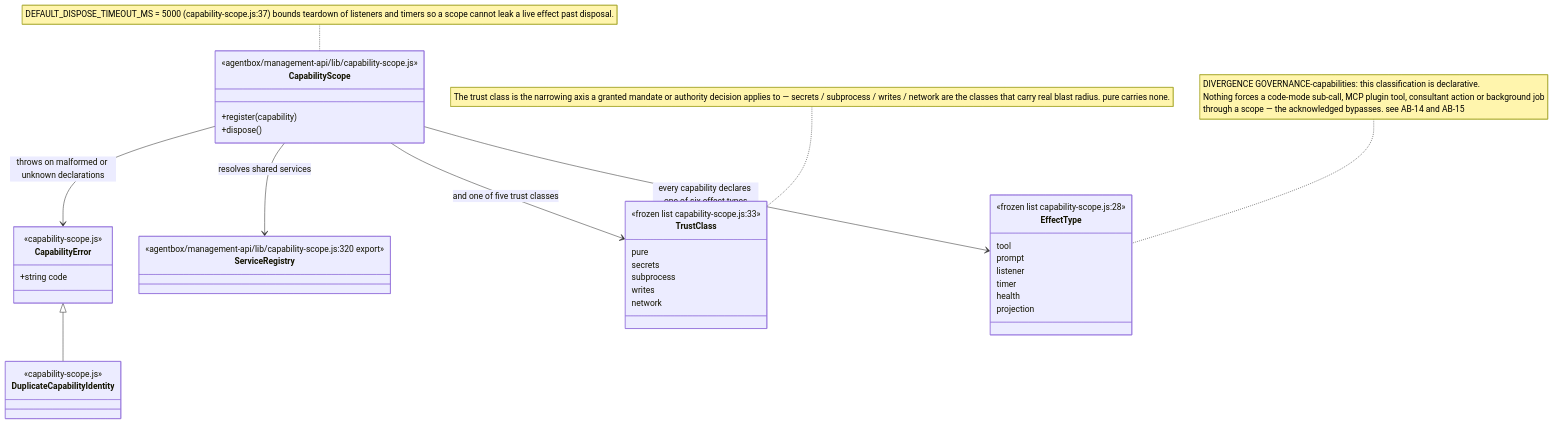
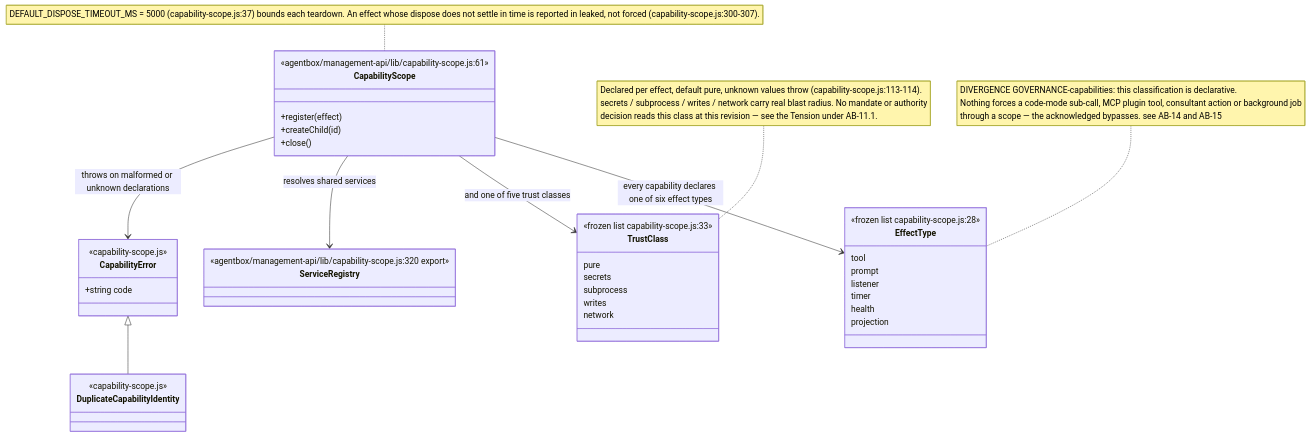
One commit to DreamLab-AI/VisionFlow changed diagram 12 of 16 in docs/diagrams/agentbox/11-identity-did-mandate-authority.md. Above: the diagram before and after it, drawn with Mermaid. The commit also changed other lines of this file and 173 other files, not shown here.

````diff
--- a/docs/diagrams/agentbox/11-identity-did-mandate-authority.md
+++ b/docs/diagrams/agentbox/11-identity-did-mandate-authority.md
@@ -464,43 +488,44 @@
 ```mermaid
 classDiagram
     class CapabilityScope {
-        <<agentbox/management-api/lib/capability-scope.js>>
-        +register(capability)
-        +dispose()
+        <<agentbox/management-api/lib/capability-scope.js:61>>
+        +register(effect)
+        +createChild(id)
+        +close()
     }
     class ServiceRegistry {
         <<agentbox/management-api/lib/capability-scope.js:320 export>>
     }
     class EffectType {
         <<frozen list capability-scope.js:28>>
         tool
         prompt
         listener
         timer
         health
         projection
     }
     class TrustClass {
         <<frozen list capability-scope.js:33>>
         pure
         secrets
         subprocess
         writes
         network
     }
     class CapabilityError {
         <<capability-scope.js>>
         +string code
     }
     class DuplicateCapabilityIdentity {
         <<capability-scope.js>>
     }
     CapabilityScope --> EffectType : every capability declares one of six effect types
     CapabilityScope --> TrustClass : and one of five trust classes
     CapabilityScope --> ServiceRegistry : resolves shared services
     CapabilityScope --> CapabilityError : throws on malformed or unknown declarations
     CapabilityError <|-- DuplicateCapabilityIdentity
-    note for CapabilityScope "DEFAULT_DISPOSE_TIMEOUT_MS = 5000 (capability-scope.js:37) bounds teardown of listeners and timers so a scope cannot leak a live effect past disposal."
-    note for TrustClass "The trust class is the narrowing axis a granted mandate or authority decision applies to — secrets / subprocess / writes / network are the classes that carry real blast radius. pure carries none."
+    note for CapabilityScope "DEFAULT_DISPOSE_TIMEOUT_MS = 5000 (capability-scope.js:37) bounds each teardown. An effect whose dispose does not settle in time is reported in leaked, not forced (capability-scope.js:300-307)."
+    note for TrustClass "Declared per effect, default pure, unknown values throw (capability-scope.js:113-114).<br/>secrets / subprocess / writes / network carry real blast radius. No mandate or authority<br/>decision reads this class at this revision — see the Tension under AB-11.1."
 note for EffectType "DIVERGENCE GOVERNANCE-capabilities: this classification is declarative.<br/>Nothing forces a code-mode sub-call, MCP plugin tool, consultant action or background job<br/>through a scope — the acknowledged bypasses. see AB-14 and AB-15"
 ```
````
